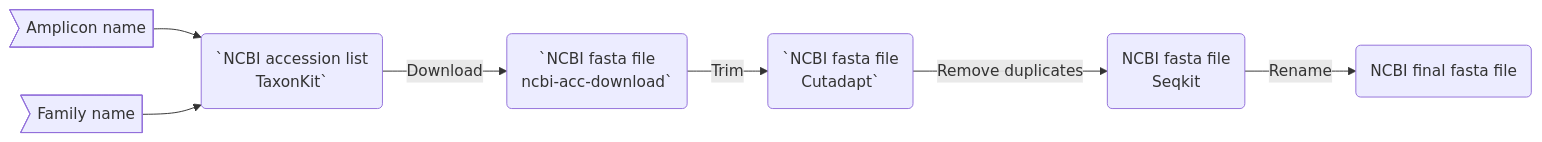
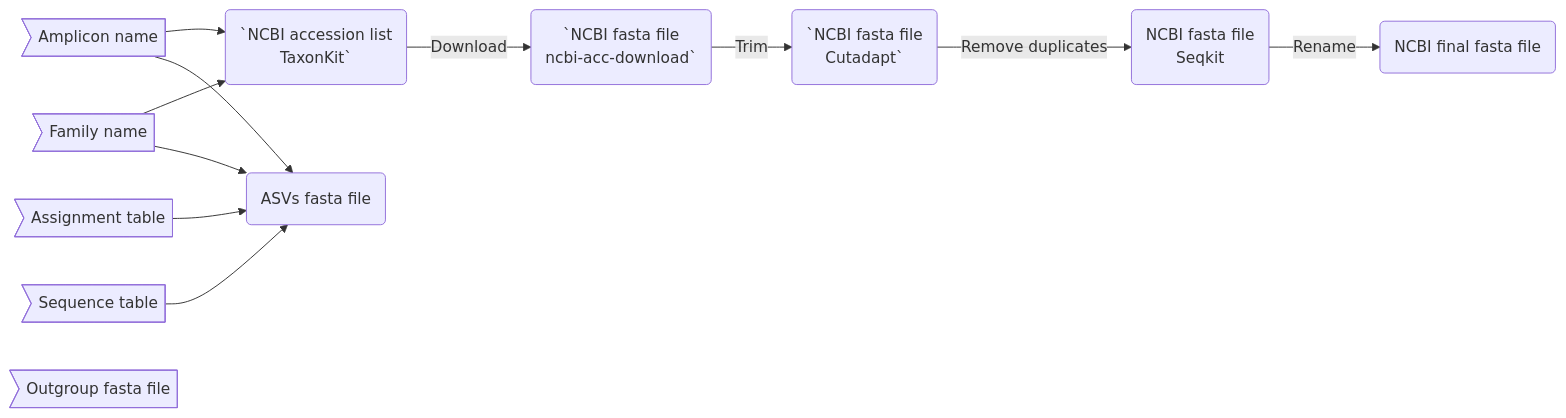
Before and after one commit to Enorya/Phylo-tree_eDNA: the diagram in README.md, drawn with Mermaid.

````diff
--- a/README.md
+++ b/README.md
@@ -24,18 +24,24 @@
 ```mermaid
 flowchart LR
 	amplicon>Amplicon name]
 	family>Family name]
+	Assign>Assignment table]
+	Seq>Sequence table]
+	Out>Outgroup fasta file]
 	step1(`NCBI accession list
 TaxonKit`)
 	step2(`NCBI fasta file
 ncbi-acc-download`)
 	step3(`NCBI fasta file
 Cutadapt`)
 	step4(NCBI fasta file
 Seqkit)
 	step5(NCBI final fasta file)
+	step6(ASVs fasta file)
 
 	amplicon --> step1 -->|Download| step2 -->|Trim| step3 -->|Remove duplicates| step4 -->|Rename| step5
 	family --> step1
+	amplicon & Assign & Seq --> step6
+	family --> step6
 
 ```
````
